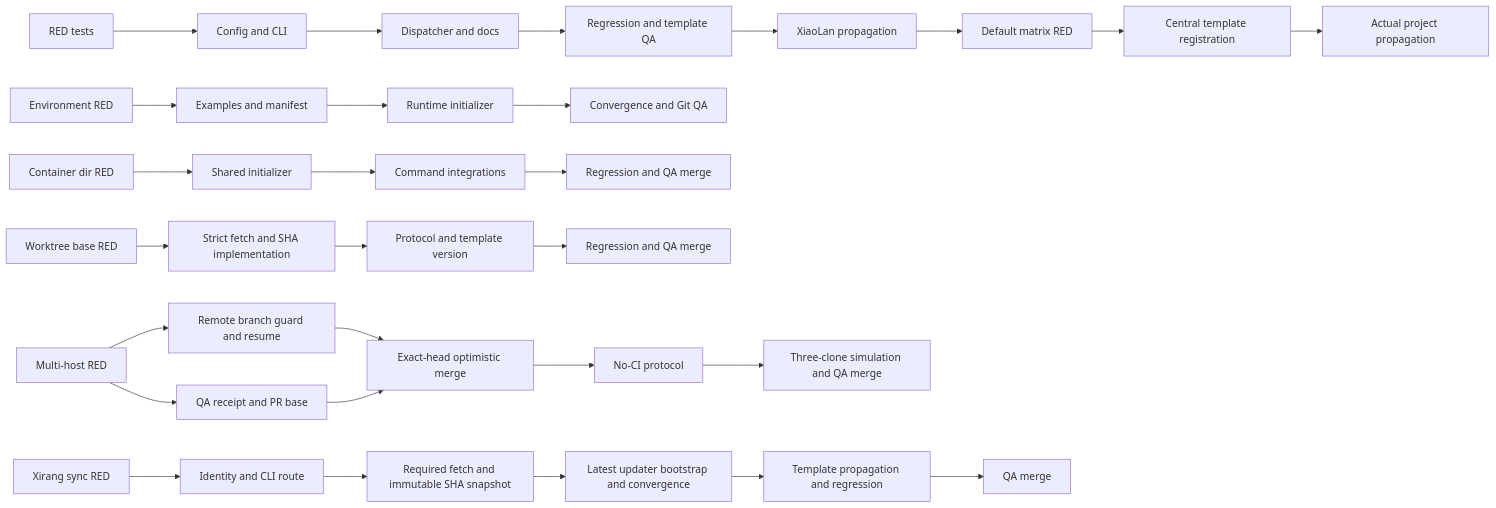
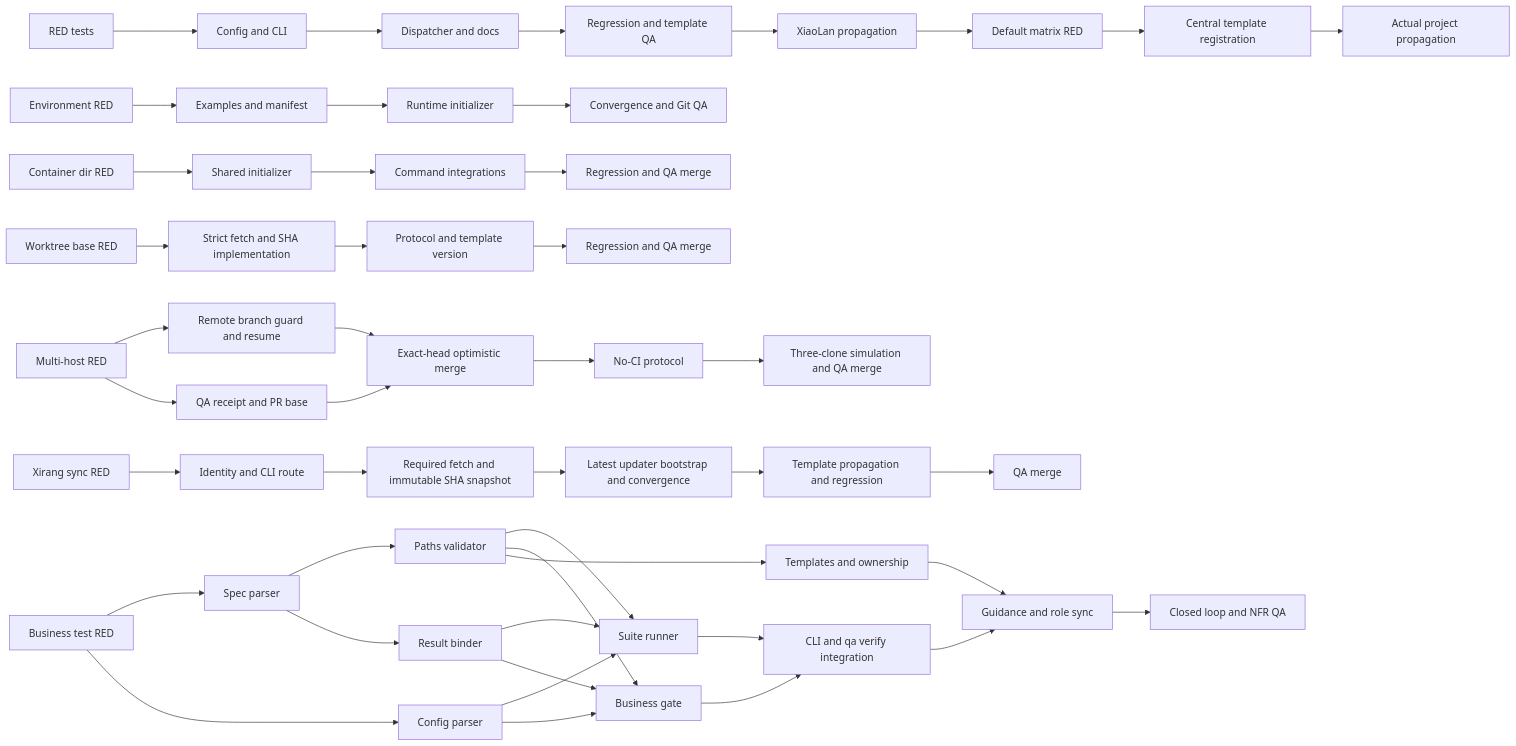
Before and after one commit to hollisyao2024/PromptsEngineering: the diagram in docs/TASK.md, drawn with Mermaid. The commit also changed other lines of this file and 65 other files, not shown here.

First line of the commit message:
feat: business test automation (#158)

````diff
--- a/docs/TASK.md
+++ b/docs/TASK.md
@@ -45,30 +49,46 @@
 ```mermaid
 flowchart LR
   T1[RED tests] --> T2[Config and CLI]
   T2 --> T3[Dispatcher and docs]
   T3 --> T4[Regression and template QA]
   T4 --> T5[XiaoLan propagation]
   T5 --> T6[Default matrix RED]
   T6 --> T7[Central template registration]
   T7 --> T8[Actual project propagation]
   E1[Environment RED] --> E2[Examples and manifest]
   E2 --> E3[Runtime initializer]
   E3 --> E4[Convergence and Git QA]
   C1[Container dir RED] --> C2[Shared initializer]
   C2 --> C3[Command integrations]
   C3 --> C4[Regression and QA merge]
   W1[Worktree base RED] --> W2[Strict fetch and SHA implementation]
   W2 --> W3[Protocol and template version]
   W3 --> W4[Regression and QA merge]
   H1[Multi-host RED] --> H2[Remote branch guard and resume]
   H1 --> H3[QA receipt and PR base]
   H2 --> H4[Exact-head optimistic merge]
   H3 --> H4
   H4 --> H5[No-CI protocol]
   H5 --> H6[Three-clone simulation and QA merge]
   X1[Xirang sync RED] --> X2[Identity and CLI route]
   X2 --> X3[Required fetch and immutable SHA snapshot]
   X3 --> X4[Latest updater bootstrap and convergence]
   X4 --> X5[Template propagation and regression]
   X5 --> X6[QA merge]
+  B1[Business test RED] --> B2[Spec parser]
+  B1 --> B4[Config parser]
+  B2 --> B3[Paths validator]
+  B2 --> B5[Result binder]
+  B3 --> B6[Suite runner]
+  B4 --> B6
+  B5 --> B6
+  B3 --> B7[Business gate]
+  B4 --> B7
+  B5 --> B7
+  B6 --> B8[CLI and qa verify integration]
+  B7 --> B8
+  B3 --> B9[Templates and ownership]
+  B8 --> B10[Guidance and role sync]
+  B9 --> B10
+  B10 --> B11[Closed loop and NFR QA]
 ```
````
